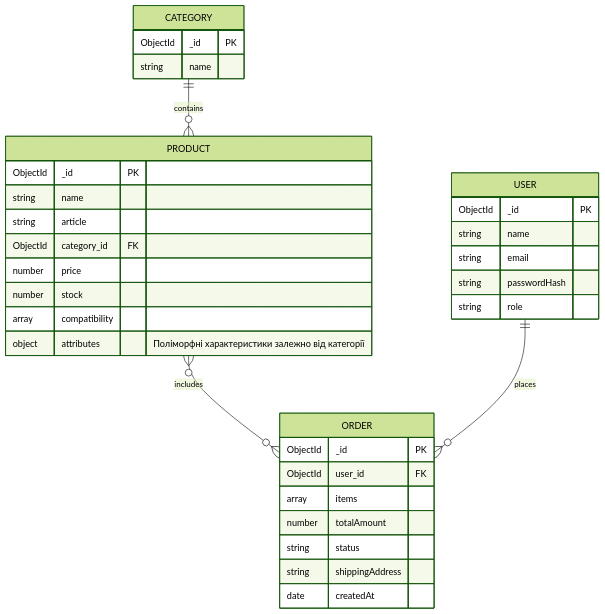
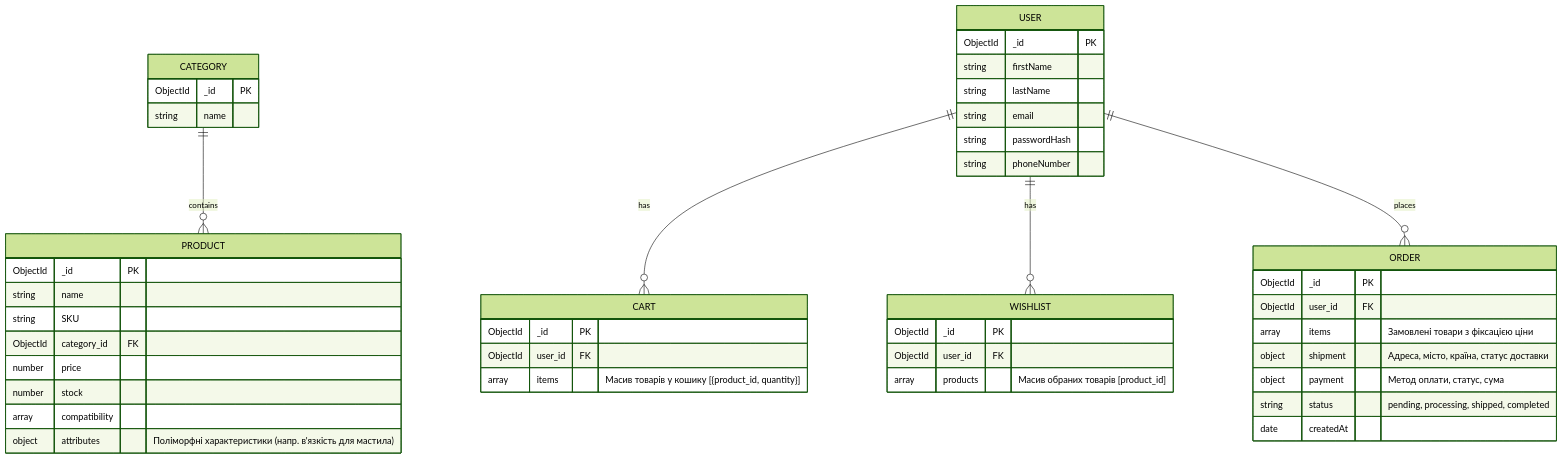
Before and after one commit to IS-ofi/testernui: the diagram in README.md, drawn with Mermaid (forest theme).

````diff
--- a/README.md
+++ b/README.md
@@ -54,41 +54,55 @@
 ```mermaid
 erDiagram
     CATEGORY ||--o{ PRODUCT : contains
-    PRODUCT }o--o{ ORDER : includes
+    USER ||--o{ CART : has
+    USER ||--o{ WISHLIST : has
     USER ||--o{ ORDER : places
 
     CATEGORY {
         ObjectId _id PK
         string name
     }
 
     PRODUCT {
         ObjectId _id PK
         string name
-        string article
+        string SKU
         ObjectId category_id FK
         number price
         number stock
         array compatibility
-        object attributes "Поліморфні характеристики залежно від категорії"
+        object attributes "Поліморфні характеристики (напр. в'язкість для мастила)"
     }
 
     USER {
         ObjectId _id PK
-        string name
+        string firstName
+        string lastName
         string email
         string passwordHash
-        string role
+        string phoneNumber
+    }
+
+    CART {
+        ObjectId _id PK
+        ObjectId user_id FK
+        array items "Масив товарів у кошику [{product_id, quantity}]"
+    }
+
+    WISHLIST {
+        ObjectId _id PK
+        ObjectId user_id FK
+        array products "Масив обраних товарів [product_id]"
     }
 
     ORDER {
         ObjectId _id PK
         ObjectId user_id FK
-        array items
-        number totalAmount
-        string status
-        string shippingAddress
+        array items "Замовлені товари з фіксацією ціни"
+        object shipment "Адреса, місто, країна, статус доставки"
+        object payment "Метод оплати, статус, сума"
+        string status "pending, processing, shipped, completed"
         date createdAt
     }
 
 ```
````
